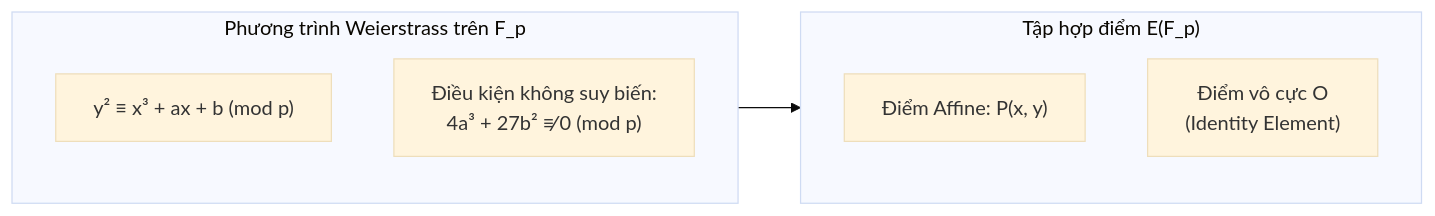
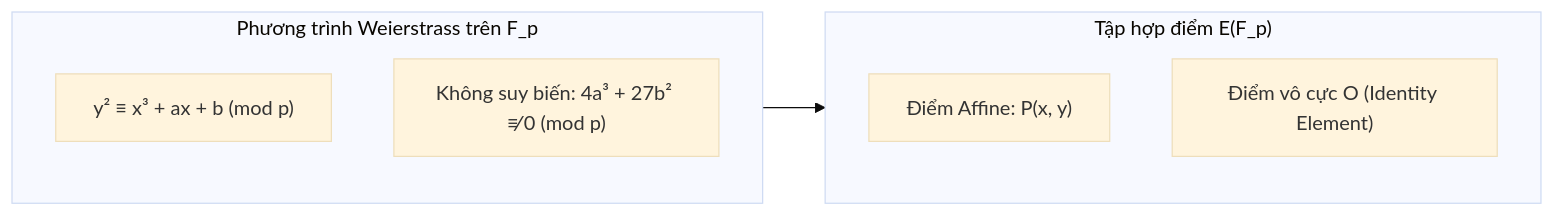
Before and after one commit to thuann2212/IS-TEXT-: the second of 6 diagrams in bao_cao_ecdsa.md, drawn with Mermaid (base theme). The commit also changed other lines of this file and 8 other files, not shown here.

````diff
--- a/bao_cao_ecdsa.md
+++ b/bao_cao_ecdsa.md
@@ -83,12 +82,12 @@
 ```mermaid
 flowchart LR
     subgraph CurveDef["Phương trình Weierstrass trên F_p"]
         E["y² ≡ x³ + ax + b (mod p)"]
-        Delta["Điều kiện không suy biến:\n4a³ + 27b² ≢ 0 (mod p)"]
+        Delta["Không suy biến: 4a³ + 27b² ≢ 0 (mod p)"]
     end
     subgraph Points["Tập hợp điểm E(F_p)"]
         P1["Điểm Affine: P(x, y)"]
-        O["Điểm vô cực O\n(Identity Element)"]
+        O["Điểm vô cực O (Identity Element)"]
     end
     CurveDef --> Points
 ```
````
